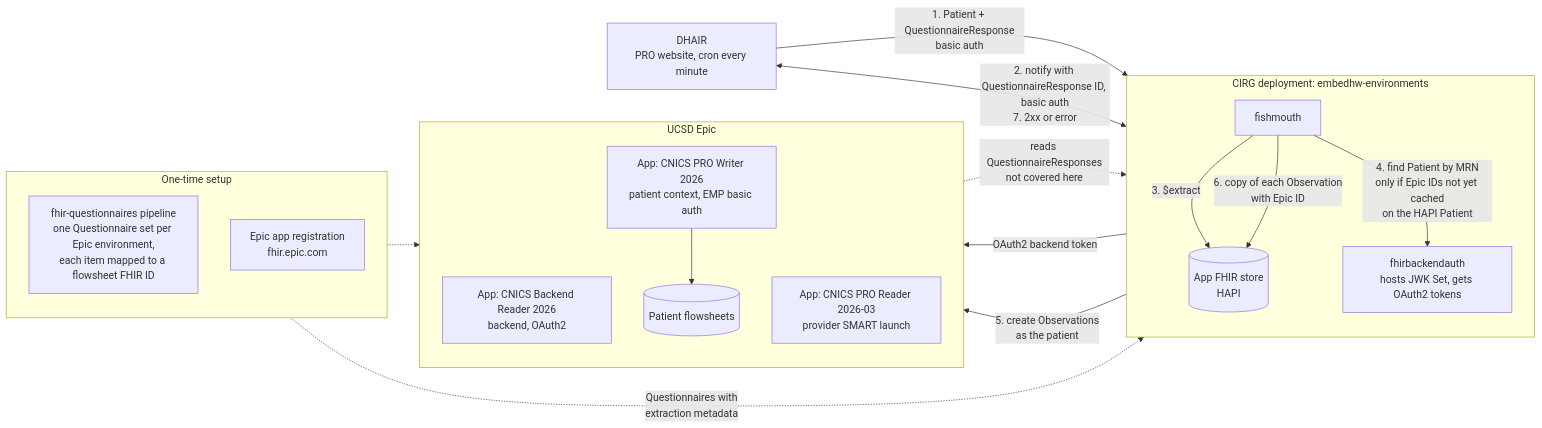
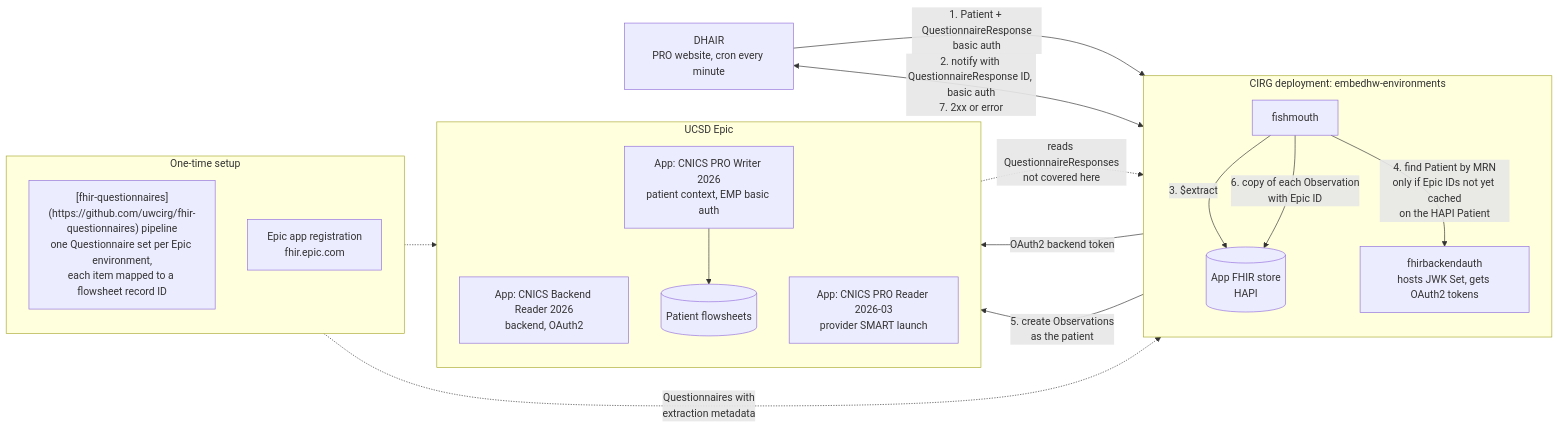
The first of 3 diagrams in docs/epic-write-flow.md (uwcirg/embedhw-environments), drawn with Mermaid before and after one commit.

Commit message:
Update the diagram to reflect https://github.com/uwcirg/fhir-questionnaires/pull/55 .

````diff
--- a/docs/epic-write-flow.md
+++ b/docs/epic-write-flow.md
@@ -14,40 +14,40 @@
 ```mermaid
 flowchart LR
     subgraph PREP["One-time setup"]
         direction TB
-        FQ["fhir-questionnaires pipeline<br/>one Questionnaire set per Epic environment,<br/>each item mapped to a flowsheet FHIR ID"]
+        FQ["[fhir-questionnaires](https://github.com/uwcirg/fhir-questionnaires) pipeline<br/>one Questionnaire set per Epic environment,<br/>each item mapped to a flowsheet record ID"]
         REG["Epic app registration<br/>fhir.epic.com"]
     end
 
     DHAIR["DHAIR<br/>PRO website, cron every minute"]
 
     subgraph CIRG["CIRG deployment: embedhw-environments"]
         direction TB
         HAPI[("App FHIR store<br/>HAPI")]
         FM["fishmouth"]
         FBA["fhirbackendauth<br/>hosts JWK Set, gets OAuth2 tokens"]
     end
 
     subgraph EPIC["UCSD Epic"]
         direction TB
         BAPP["App: CNICS Backend Reader 2026<br/>backend, OAuth2"]
         WAPP["App: CNICS PRO Writer 2026<br/>patient context, EMP basic auth"]
         RAPP["App: CNICS PRO Reader 2026-03<br/>provider SMART launch"]
         FS[("Patient flowsheets")]
     end
 
     DHAIR -->|"1. Patient + QuestionnaireResponse<br/>basic auth"| HAPI
     DHAIR <-->|"2. notify with QuestionnaireResponse ID, basic auth<br/>7. 2xx or error"| FM
     FM -->|"3. $extract"| HAPI
     FM -->|"4. find Patient by MRN<br/>only if Epic IDs not yet cached<br/>on the HAPI Patient"| FBA
     FBA -->|"OAuth2 backend token"| BAPP
     FM -->|"5. create Observations<br/>as the patient"| WAPP
     WAPP --> FS
     FM -->|"6. copy of each Observation<br/>with Epic ID"| HAPI
 
     %% invisible link: keeps DHAIR just right of the setup block
     FQ ~~~ DHAIR
     FQ -.->|"Questionnaires with<br/>extraction metadata"| HAPI
     REG -.-> EPIC
     RAPP -.->|"reads QuestionnaireResponses<br/>not covered here"| HAPI
 ```
````
